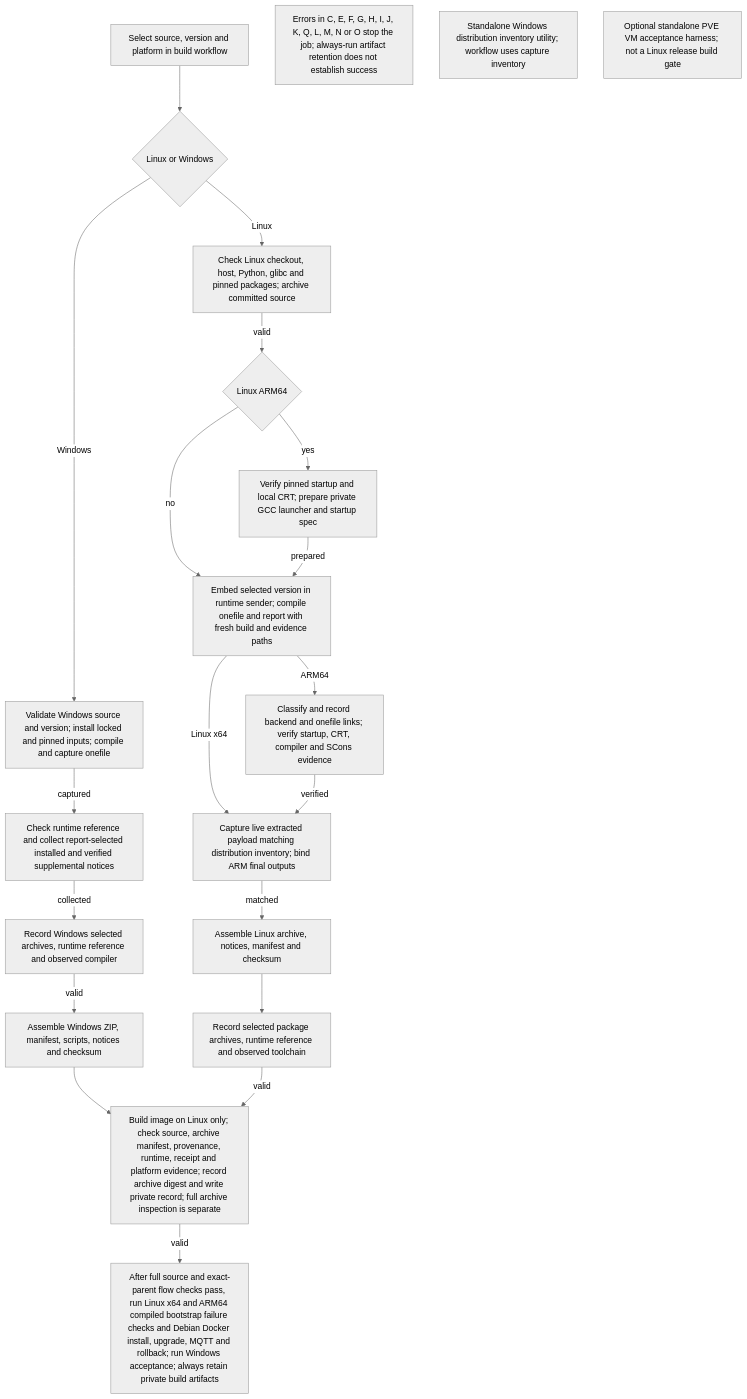
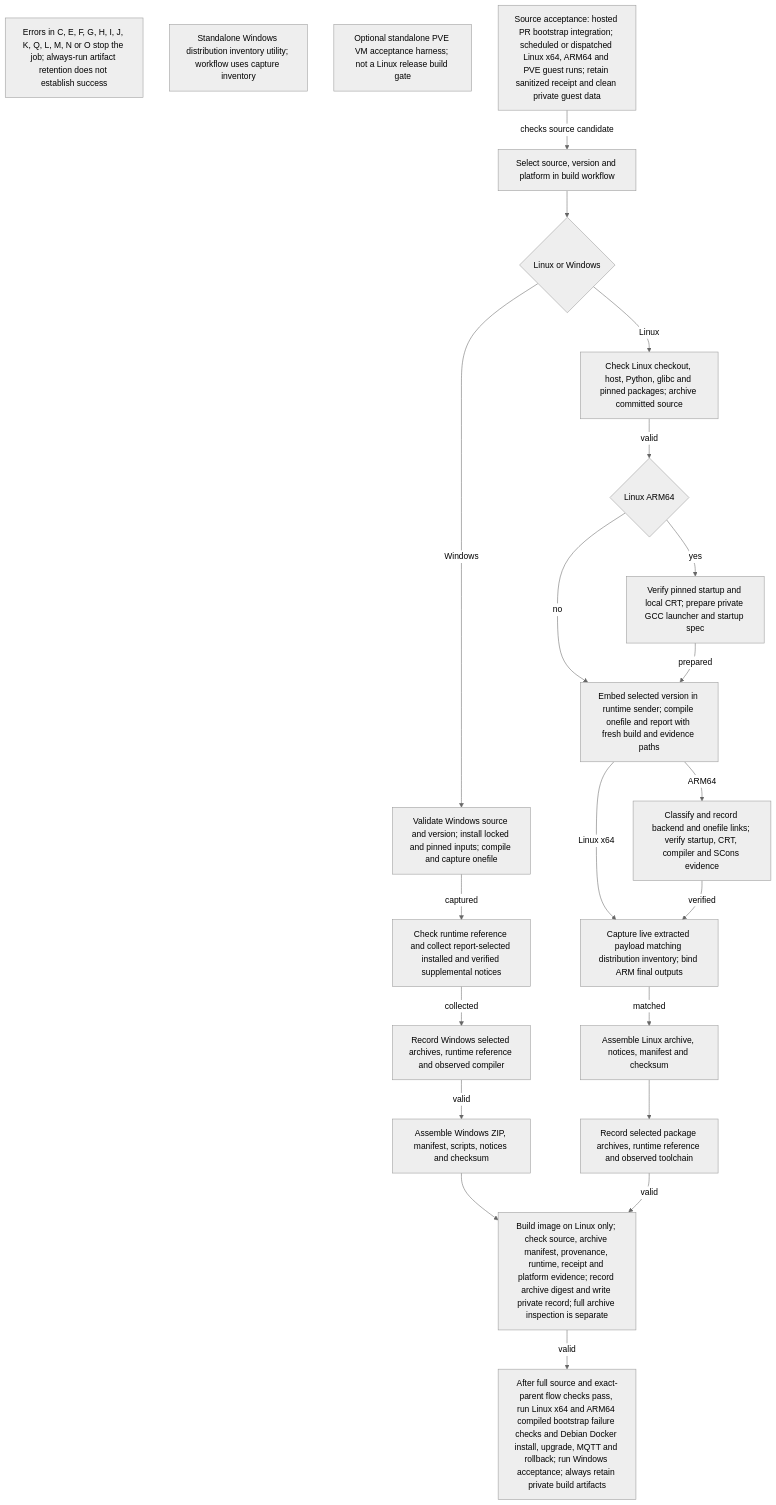
One commit to KarlSideProjects/hwmonitor-mqtt changed the diagram in docs/flows/sender.build.mmd. Above: the diagram before and after it, drawn with Mermaid (neutral theme). The commit also changed 22 other files, not shown here.

Commit message:
WIP: automate scoped review and source acceptance

```diff
--- a/docs/flows/sender.build.mmd
+++ b/docs/flows/sender.build.mmd
@@ -1,38 +1,40 @@
 flowchart TD
     A["Select source, version and platform in build workflow"]
     B{"Linux or Windows"}
     C["Check Linux checkout, host, Python, glibc and pinned packages; archive committed source"]
     D{"Linux ARM64"}
     E["Verify pinned startup and local CRT; prepare private GCC launcher and startup spec"]
     F["Embed selected version in runtime sender; compile onefile and report with fresh build and evidence paths"]
     G["Classify and record backend and onefile links; verify startup, CRT, compiler and SCons evidence"]
     H["Capture live extracted payload matching distribution inventory; bind ARM final outputs"]
     I["Assemble Linux archive, notices, manifest and checksum"]
     J["Validate Windows source and version; install locked and pinned inputs; compile and capture onefile"]
     K["Check runtime reference and collect report-selected installed and verified supplemental notices"]
     Q["Record Windows selected archives, runtime reference and observed compiler"]
     L["Assemble Windows ZIP, manifest, scripts, notices and checksum"]
     M["Record selected package archives, runtime reference and observed toolchain"]
     N["Build image on Linux only; check source, archive manifest, provenance, runtime, receipt and platform evidence; record archive digest and write private record; full archive inspection is separate"]
     O["After full source and exact-parent flow checks pass, run Linux x64 and ARM64 compiled bootstrap failure checks and Debian Docker install, upgrade, MQTT and rollback; run Windows acceptance; always retain private build artifacts"]
     P["Errors in C, E, F, G, H, I, J, K, Q, L, M, N or O stop the job; always-run artifact retention does not establish success"]
     R["Standalone Windows distribution inventory utility; workflow uses capture inventory"]
     S["Optional standalone PVE VM acceptance harness; not a Linux release build gate"]
     A --> B
     B -->|Linux| C
     B -->|Windows| J
     C -->|valid| D
     D -->|yes| E
     D -->|no| F
     E -->|prepared| F
     F -->|ARM64| G
     F -->|Linux x64| H
     G -->|verified| H
     H -->|matched| I
     J -->|captured| K
     K -->|collected| Q
     Q -->|valid| L
     I --> M
     L --> N
     M -->|valid| N
     N -->|valid| O
+    U["Source acceptance: hosted PR bootstrap integration; scheduled or dispatched Linux x64, ARM64 and PVE guest runs; retain sanitized receipt and clean private guest data"]
+    U -->|checks source candidate| A
```
